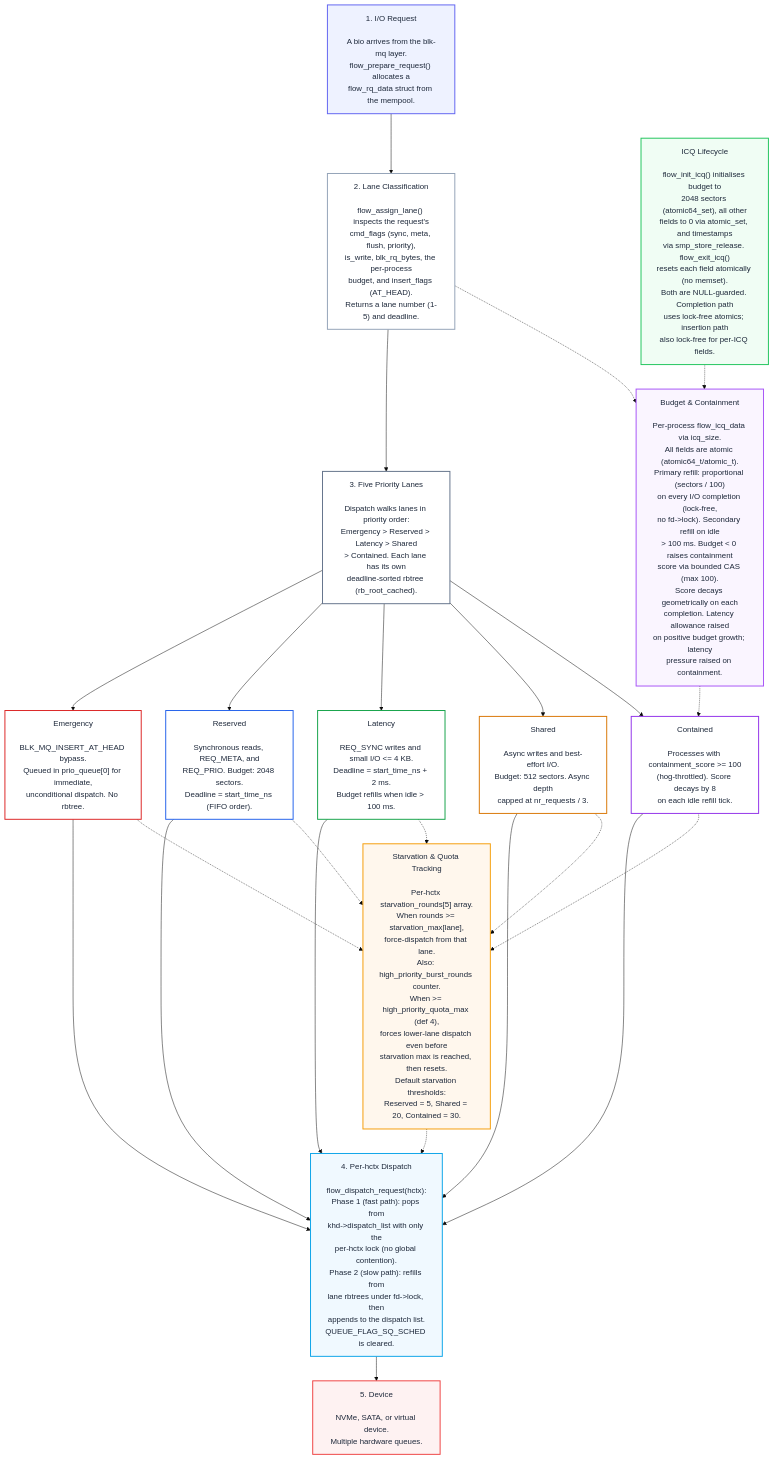
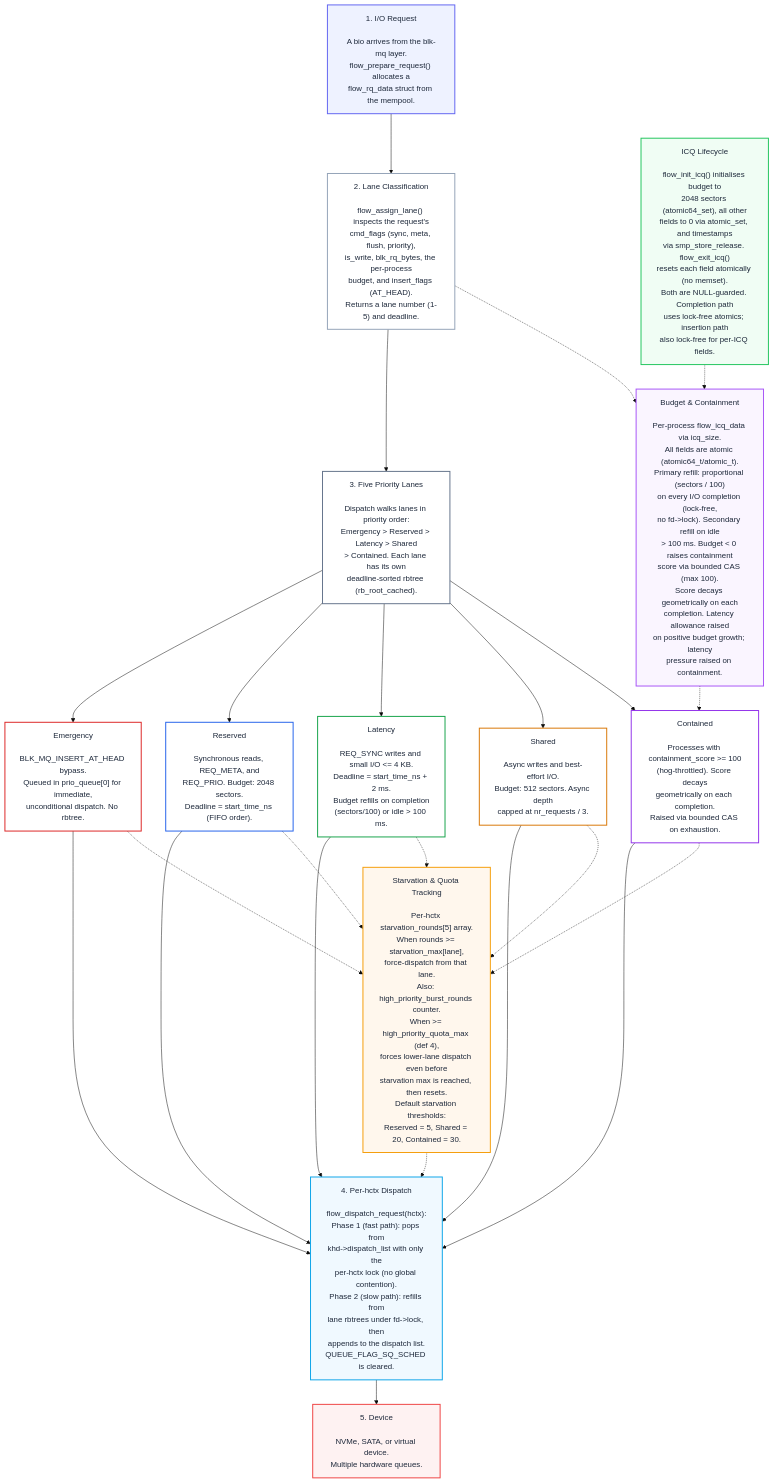
Before and after one commit to galpt/flow-iosched: the diagram in README.md, drawn with Mermaid (base theme). The commit also changed other lines of this file and 3 other files, not shown here.

```diff
--- a/README.md
+++ b/README.md
@@ -68,7 +68,8 @@
 
 REQ_SYNC writes and small I/O <= 4 KB.
 Deadline = start_time_ns + 2 ms.
-Budget refills when idle > 100 ms."]
+Budget refills on completion
+(sectors/100) or idle > 100 ms."]
 
     F1["Shared
 
@@ -79,8 +80,9 @@
     G1["Contained
 
 Processes with containment_score >= 100
-(hog-throttled). Score decays by 8
-on each idle refill tick."]
+(hog-throttled). Score decays
+geometrically on each completion.
+Raised via bounded CAS on exhaustion."]
 
     H1["4. Per-hctx Dispatch
 
```
